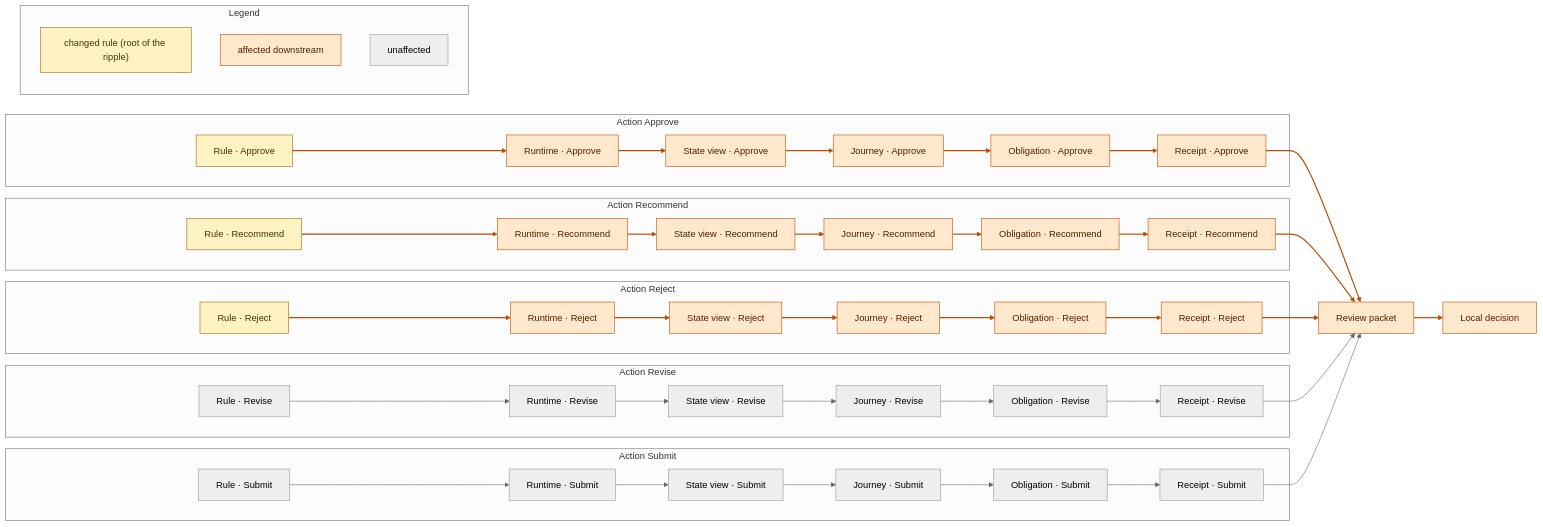
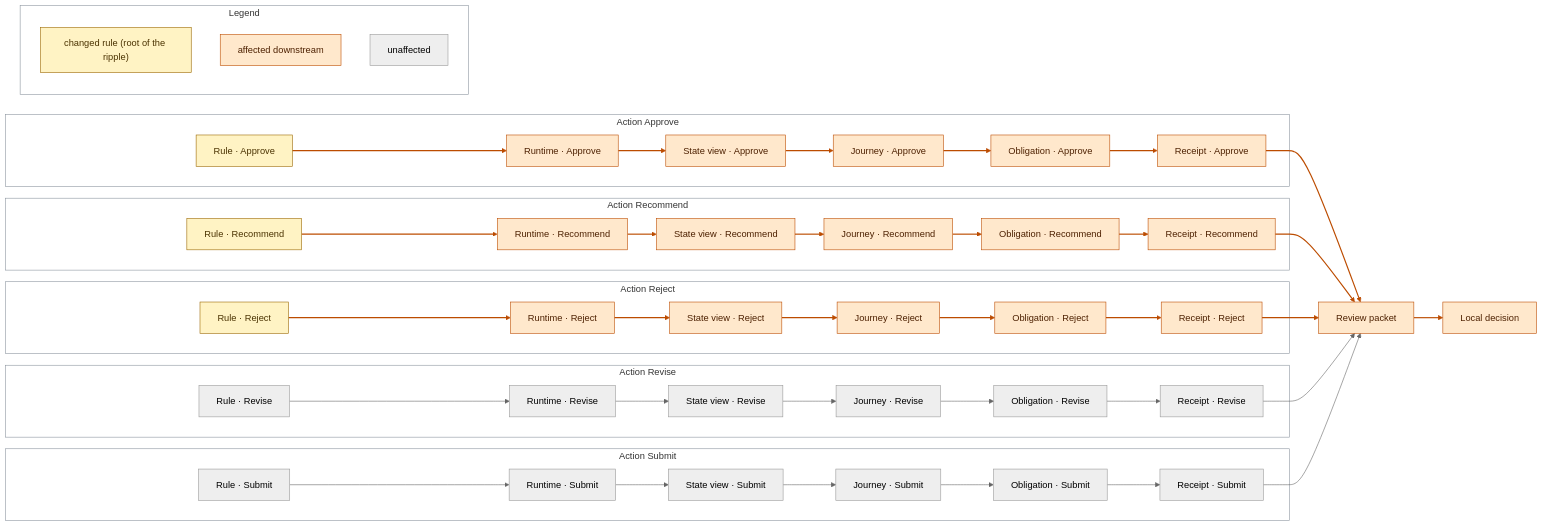
Before and after one commit to 45ck/eija-studio: the diagram in docs/diagrams/impact.md, drawn with Mermaid (neutral theme). The commit also changed 27 other files, not shown here.

````diff
--- a/docs/diagrams/impact.md
+++ b/docs/diagrams/impact.md
@@ -19,6 +19,7 @@
         n_runtime_Approve["Runtime · Approve"]
         n_state_view_Approve["State view · Approve"]
     end
+    style c_Approve fill:#ffffff,stroke:#8c959f
     subgraph c_Recommend["Action Recommend"]
         n_journey_Recommend["Journey · Recommend"]
         n_obligation_Recommend["Obligation · Recommend"]
@@ -27,6 +28,7 @@
         n_runtime_Recommend["Runtime · Recommend"]
         n_state_view_Recommend["State view · Recommend"]
     end
+    style c_Recommend fill:#ffffff,stroke:#8c959f
     subgraph c_Reject["Action Reject"]
         n_journey_Reject["Journey · Reject"]
         n_obligation_Reject["Obligation · Reject"]
@@ -35,6 +37,7 @@
         n_runtime_Reject["Runtime · Reject"]
         n_state_view_Reject["State view · Reject"]
     end
+    style c_Reject fill:#ffffff,stroke:#8c959f
     subgraph c_Revise["Action Revise"]
         n_journey_Revise["Journey · Revise"]
         n_obligation_Revise["Obligation · Revise"]
@@ -43,6 +46,7 @@
         n_runtime_Revise["Runtime · Revise"]
         n_state_view_Revise["State view · Revise"]
     end
+    style c_Revise fill:#ffffff,stroke:#8c959f
     subgraph c_Submit["Action Submit"]
         n_journey_Submit["Journey · Submit"]
         n_obligation_Submit["Obligation · Submit"]
@@ -51,6 +55,7 @@
         n_runtime_Submit["Runtime · Submit"]
         n_state_view_Submit["State view · Submit"]
     end
+    style c_Submit fill:#ffffff,stroke:#8c959f
     n_local_decision["Local decision"]
     n_review_packet["Review packet"]
     n_journey_Approve --> n_obligation_Approve
@@ -92,6 +97,7 @@
         legend_affected["affected downstream"]
         legend_same["unaffected"]
     end
+    style legend fill:#ffffff,stroke:#8c959f
     class legend_changed changed
     class legend_affected affected
 ```
````
